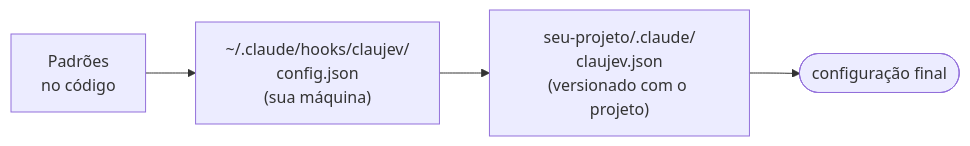
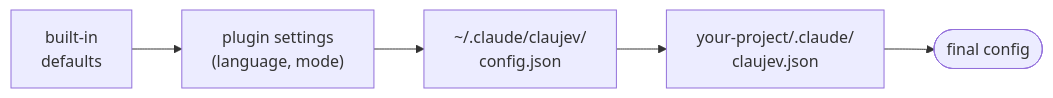
The fourth of 4 diagrams in README.md (Civalski/claujev), drawn with Mermaid before and after one commit. The commit also changed other lines of this file and 28 other files, not shown here.

First line of the commit message:
ClauJev 2.0: plugin do Claude Code, mod com esforço automático, skill e inglês

````diff
--- a/README.md
+++ b/README.md
@@ -200,4 +211,4 @@
 ```mermaid
 flowchart LR
-    D["Padrões<br/>no código"] --> G["~/.claude/hooks/claujev/<br/>config.json<br/>(sua máquina)"] --> P["seu-projeto/.claude/<br/>claujev.json<br/>(versionado com o projeto)"] --> F(["configuração final"])
+    D["built-in<br/>defaults"] --> O["plugin settings<br/>(language, mode)"] --> G["~/.claude/claujev/<br/>config.json"] --> P["your-project/.claude/<br/>claujev.json"] --> F(["final config"])
 ```
````
